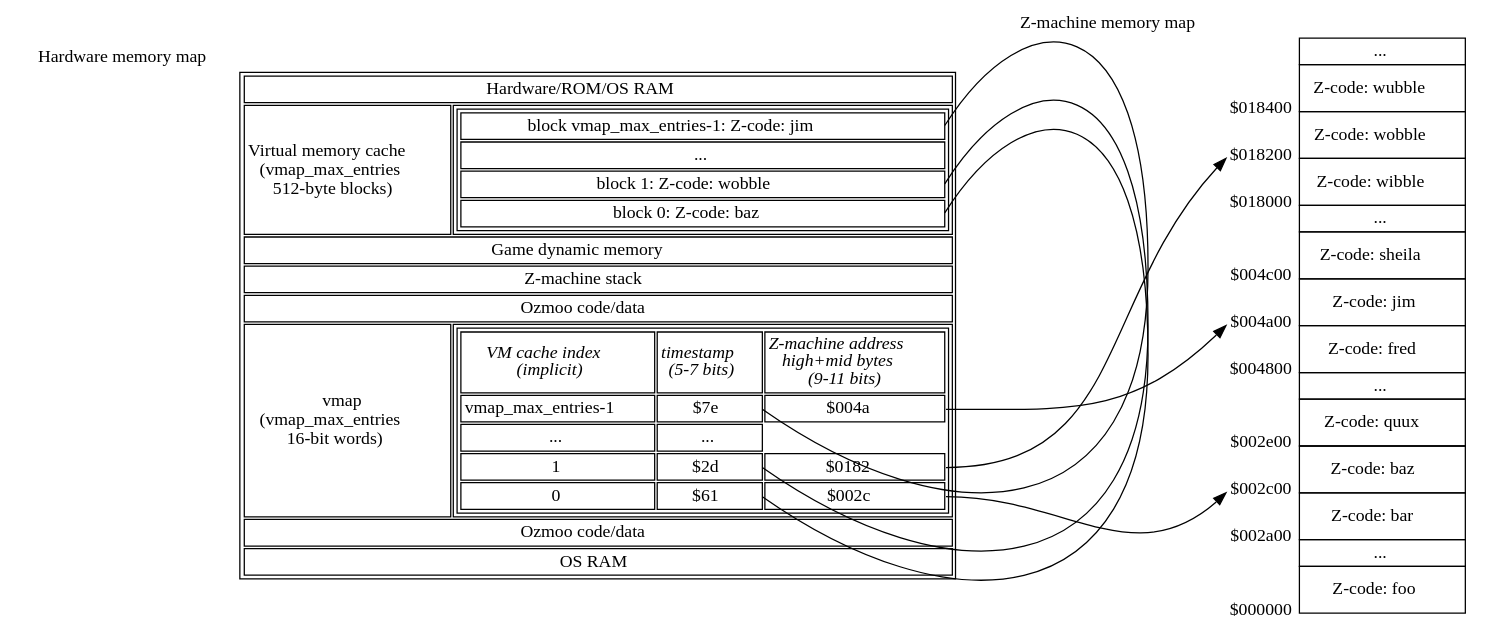
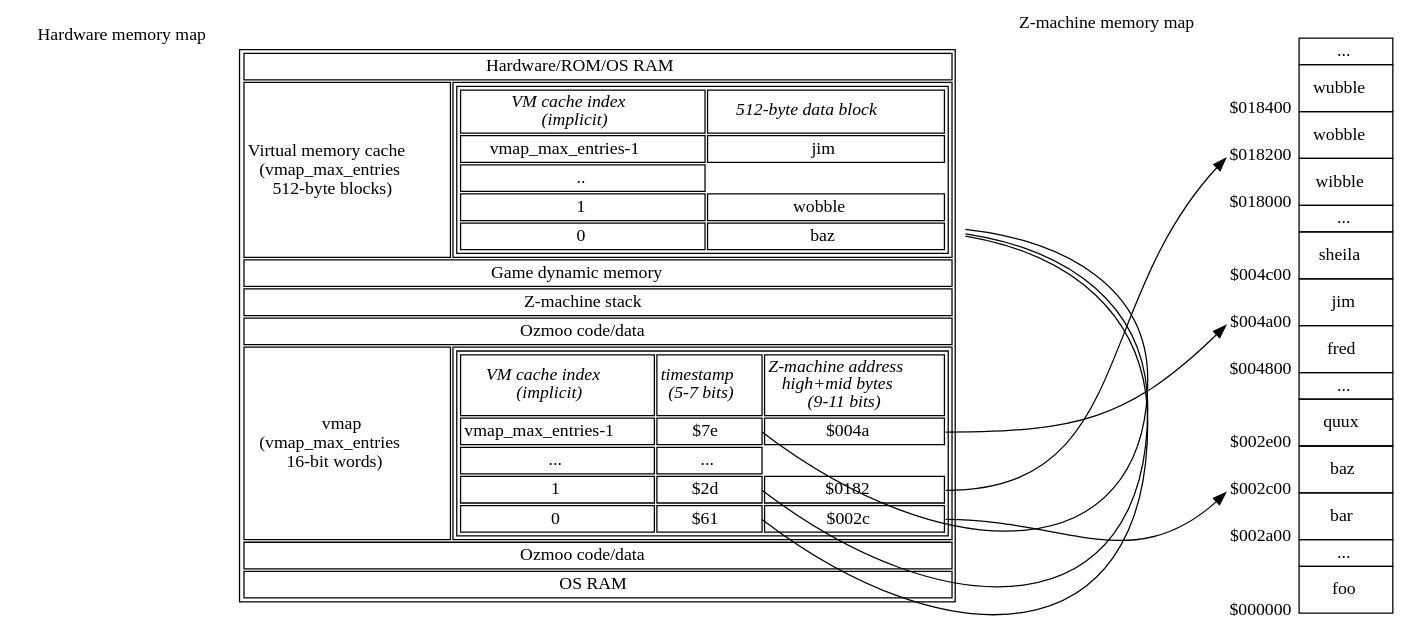
The diagram in documentation/techdocs/memory-map-1.dot (ZornsLemma/ozmoo), drawn with Graphviz before and after one commit.

Commit message:
Snapshot

```diff
--- a/documentation/techdocs/memory-map-1.dot
+++ b/documentation/techdocs/memory-map-1.dot
@@ -1,115 +1,128 @@
 digraph memory {
     graph [nodesep=2];
     forcelabels=true;
     node [shape=plaintext];
 
     # SFTODO: Rename "top" to "ram"?
     top [xlabel="Hardware memory map", label=<
     <table>
         <tr><td colspan="2">Hardware/ROM/OS RAM</td></tr>
         <!-- SFTODO: could label start of this chunk of memory vmap_first_ram_page -->
         <tr><td>Virtual memory cache<br/>(vmap_max_entries<br/>512-byte blocks)</td>
             <td>
                 <table port="vmem">
-                    <tr><td port="lastblock">block vmap_max_entries-1: Z-code: jim</td></tr>
-                    <tr><td>...</td></tr>
-                    <tr><td port="block1">block 1: Z-code: wobble</td></tr>
-                    <tr><td port="block0">block 0: Z-code: baz</td></tr>
+                    <tr>
+                        <td><i>VM cache index<br/>(implicit)</i></td>
+                        <td><i>512-byte data block</i></td>
+                    </tr>
+                    <tr>
+                        <td>vmap_max_entries-1</td>
+                        <td>jim</td>
+                    </tr>
+                    <tr colspan="2"><td>..</td></tr>
+                    <tr>
+                        <td>1</td>
+                        <td>wobble</td>
+                    </tr>
+                    <tr>
+                        <td>0</td>
+                        <td>baz</td>
+                    </tr>
                 </table>
             </td>
         </tr>
         <tr><td colspan="2">Game dynamic memory</td></tr>
         <tr><td colspan="2">Z-machine stack</td></tr>
         <tr><td colspan="2">Ozmoo code/data</td></tr>
         <tr><td>vmap<br/>(vmap_max_entries<br/>16-bit words)</td>
             <td>
                 <table>
                     <tr>
                         <td><i>VM cache index<br/>(implicit)</i></td>
                         <td><i>timestamp<br/>(5-7 bits)</i></td>
                         <td><i>Z-machine address<br/>high+mid bytes<br/>(9-11 bits)</i></td>
                     </tr>
                     <tr><td>vmap_max_entries-1</td><td port="xlastblock">$7e</td><td port="z004a">$004a</td></tr>
                     <tr><td>...</td><td>...</td></tr>
                     <tr><td>1</td><td port="xblock1">$2d</td><td port="z0182">$0182</td></tr>
                     <tr><td>0</td><td port="xblock0">$61</td><td port="z002c">$002c</td></tr>
                 </table>
             </td>
         </tr>
         <tr><td colspan="2">Ozmoo code/data</td></tr>
         <tr><td colspan="2">OS RAM</td></tr>
     </table>>];
 
     zmachine [xlabel="Z-machine memory map", label=<
     <table border="0" cellspacing="0">
         <tr>
             <td></td>
             <td border="1">...</td>
         </tr>
         <tr>
             <td valign="bottom"><sub>$018400</sub></td>
-            <td border="1" cellpadding="10">Z-code: wubble</td>
+            <td border="1" cellpadding="10"><!-- Z-code: -->wubble</td>
         </tr>
         <tr>
             <td port="z0182" valign="bottom"><sub>$018200</sub></td>
-            <td border="1" cellpadding="10">Z-code: wobble</td>
+            <td border="1" cellpadding="10"><!-- Z-code: -->wobble</td>
         </tr>
         <tr>
             <td valign="bottom"><sub>$018000</sub></td>
-            <td border="1" cellpadding="10">Z-code: wibble</td>
+            <td border="1" cellpadding="10"><!-- Z-code: -->wibble</td>
         </tr>
         <tr>
             <td></td>
             <td border="1">...</td>
         </tr>
         <tr>
             <td valign="bottom"><sub>$004c00</sub></td>
-            <td border="1" cellpadding="10">Z-code: sheila</td>
+            <td border="1" cellpadding="10"><!-- Z-code: -->sheila</td>
         </tr>
         <tr>
             <td port="z004a" valign="bottom"><sub>$004a00</sub></td>
-            <td border="1" cellpadding="10">Z-code: jim</td>
+            <td border="1" cellpadding="10"><!-- Z-code: -->jim</td>
         </tr>
         <tr>
             <td valign="bottom"><sub>$004800</sub></td>
-            <td border="1" cellpadding="10">Z-code: fred</td>
+            <td border="1" cellpadding="10"><!-- Z-code: -->fred</td>
         </tr>
         <tr>
             <td></td>
             <td border="1">...</td>
         </tr>
         <tr>
             <td valign="bottom"><sub>$002e00</sub></td>
-            <td border="1" cellpadding="10">Z-code: quux</td>
+            <td border="1" cellpadding="10"><!-- Z-code: -->quux</td>
         </tr>
         <tr>
             <td port="z002c" valign="bottom"><sub>$002c00</sub></td>
-            <td border="1" cellpadding="10">Z-code: baz</td>
+            <td border="1" cellpadding="10"><!-- Z-code: -->baz</td>
         </tr>
         <tr>
             <td valign="bottom"><sub>$002a00</sub></td>
-            <td border="1" cellpadding="10">Z-code: bar</td>
+            <td border="1" cellpadding="10"><!-- Z-code: -->bar</td>
         </tr>
         <tr>
             <td></td>
             <td border="1">...</td>
         </tr>
         <tr>
             <td valign="bottom"><sub>$000000</sub></td>
-            <td border="1" cellpadding="10">Z-code: foo</td>
+            <td border="1" cellpadding="10"><!-- Z-code: -->foo</td>
         </tr>
     </table>>];
 
     {rank = same; top zmachine};
 
     # Get rid of these lines, since they don't route well?
     top:lastblock:e -> top:xlastblock:e [dir=none];
     top:block1:e -> top:xblock1:e [dir=none];
     top:block0:e -> top:xblock0:e [dir=none];
 
     top:z004a:e -> zmachine:z004a:sw;
     top:z002c:e -> zmachine:z002c:sw;
     top:z0182:e -> zmachine:z0182:sw;
 }
 
 # vi: sw=4 sts=4
```
